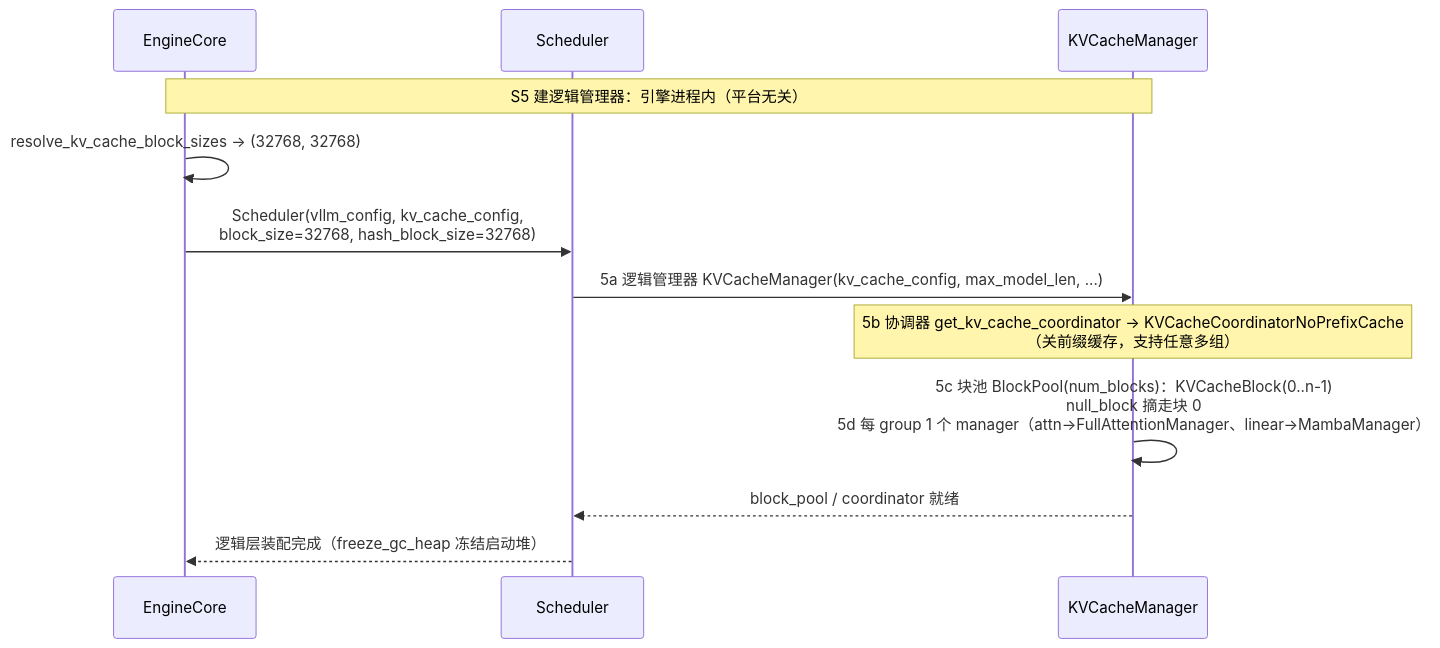
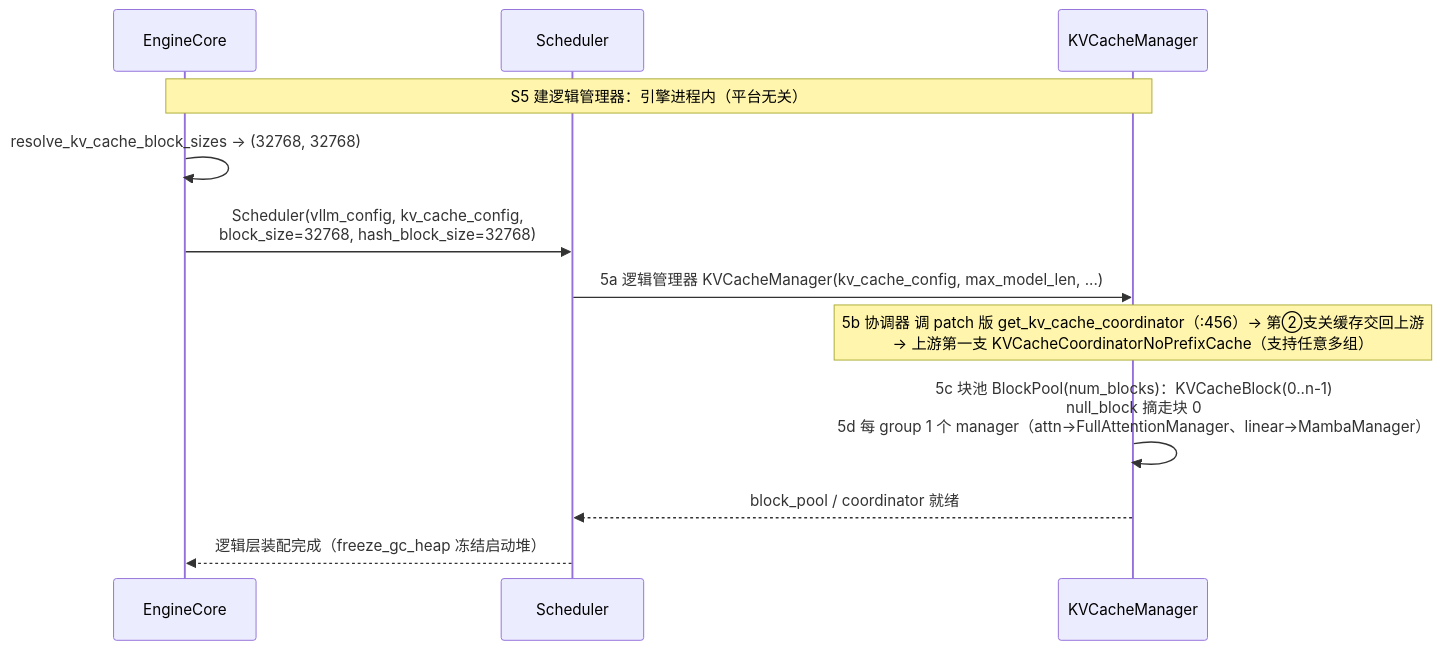
One commit to GoCHug/vllm changed the second of 4 diagrams in vllm/v1/core/kvcache_study/kvcache_docs/npu_hybrid/1_start_init.md. Above: the diagram before and after it, drawn with Mermaid. The commit also changed other lines of this file, not shown here.

````diff
--- a/vllm/v1/core/kvcache_study/kvcache_docs/npu_hybrid/1_start_init.md
+++ b/vllm/v1/core/kvcache_study/kvcache_docs/npu_hybrid/1_start_init.md
@@ -137,16 +137,16 @@
 ```mermaid
 %%{init: {"themeVariables": {"actorFontSize": "11px", "messageFontSize": "11px", "noteFontSize": "11px"}, "sequence": {"actorMargin": 40, "messageMargin": 16, "noteMargin": 8, "boxMargin": 8, "mirrorActors": true}}}%%
 sequenceDiagram
     participant EngineCore
     participant Scheduler
     participant KVCacheManager
 
     Note over EngineCore,KVCacheManager: S5 建逻辑管理器：引擎进程内（平台无关）
     EngineCore->>EngineCore: resolve_kv_cache_block_sizes → (32768, 32768)
     EngineCore->>Scheduler: Scheduler(vllm_config, kv_cache_config,<br/>block_size=32768, hash_block_size=32768)
     Scheduler->>KVCacheManager: 5a 逻辑管理器 KVCacheManager(kv_cache_config, max_model_len, ...)
-    Note over KVCacheManager: 5b 协调器 get_kv_cache_coordinator → KVCacheCoordinatorNoPrefixCache<br/>（关前缀缓存，支持任意多组）
+    Note over KVCacheManager: 5b 协调器 调 patch 版 get_kv_cache_coordinator（:456）→ 第②支关缓存交回上游<br/>→ 上游第一支 KVCacheCoordinatorNoPrefixCache（支持任意多组）
     KVCacheManager->>KVCacheManager: 5c 块池 BlockPool(num_blocks)：KVCacheBlock(0..n-1)<br/>null_block 摘走块 0<br/>5d 每 group 1 个 manager（attn→FullAttentionManager、linear→MambaManager）
     KVCacheManager-->>Scheduler: block_pool / coordinator 就绪
     Scheduler-->>EngineCore: 逻辑层装配完成（freeze_gc_heap 冻结启动堆）
 ```
````
